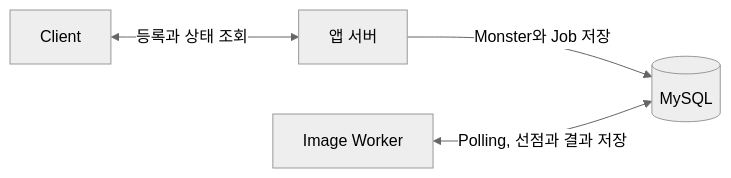
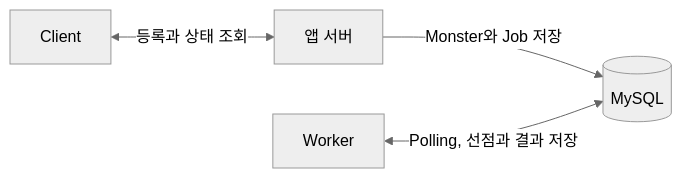
One commit to woowacourse/woowa-writing changed the third of 6 diagrams in LEVEL4-milan.md. Above: the diagram before and after it, drawn with Mermaid (neutral theme). The commit also changed other lines of this file, not shown here.

````diff
--- a/LEVEL4-milan.md
+++ b/LEVEL4-milan.md
@@ -87,6 +87,6 @@
 ```mermaid
 flowchart LR
     client["Client"] <-->|"등록과 상태 조회"| web["앱 서버"]
     web -->|"Monster와 Job 저장"| mysql[("MySQL")]
-    worker["Image Worker"] <-->|"Polling, 선점과 결과 저장"| mysql
+    worker["Worker"] <-->|"Polling, 선점과 결과 저장"| mysql
 ```
````
